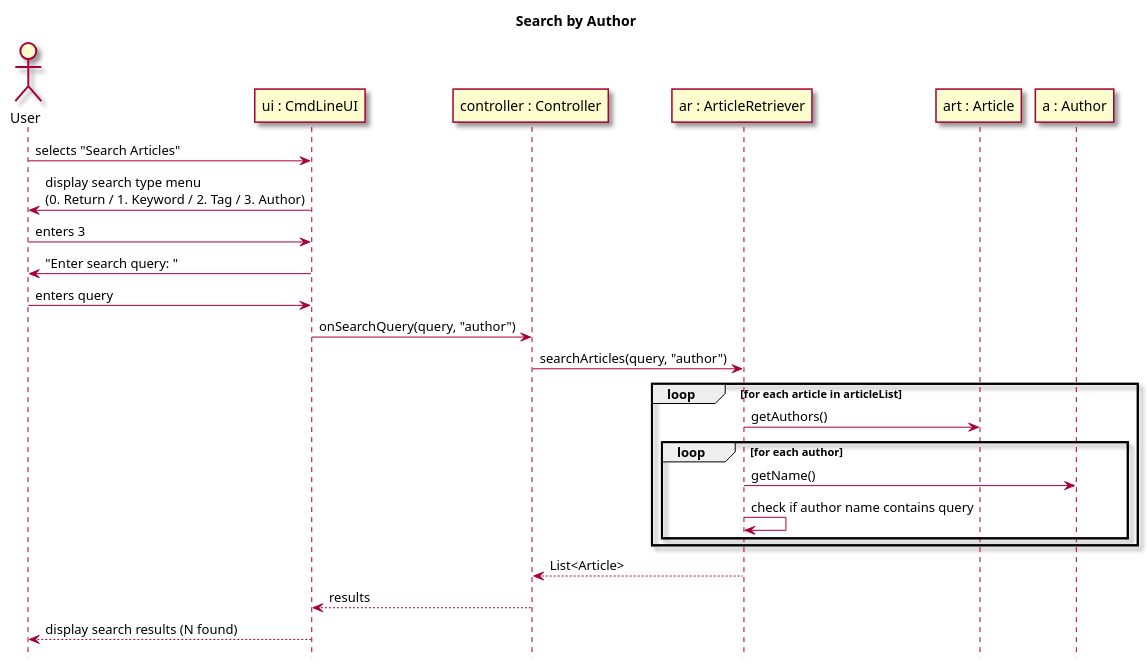
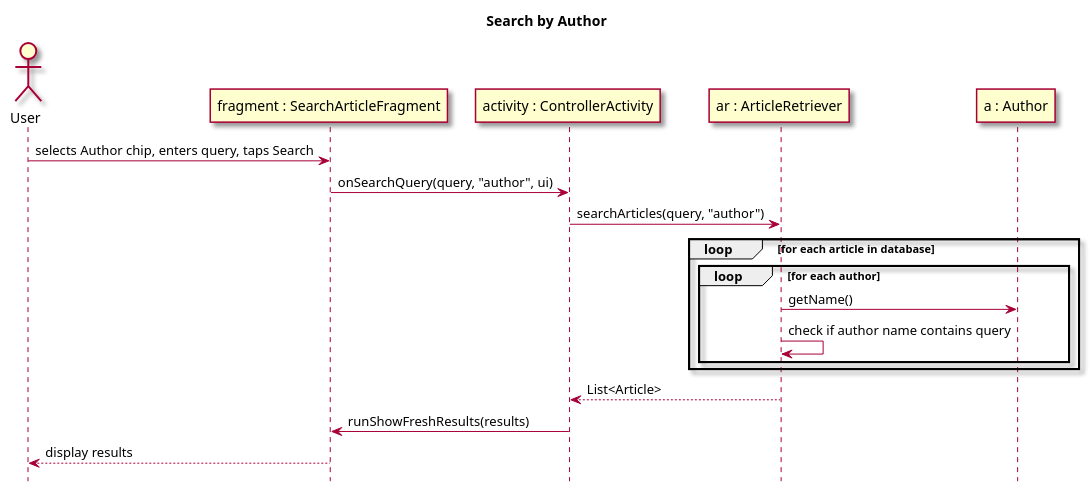
The fourth of 6 diagrams in intellij/doc/use-cases/search-article.md (owhitleym-ui/EcoScoop), drawn with PlantUML before and after one commit. The commit also changed other lines of this file and 12 other files, not shown here.

Commit message:
Updated documentation, class diagram, use cases, and readme

````diff
--- a/intellij/doc/use-cases/search-article.md
+++ b/intellij/doc/use-cases/search-article.md
@@ -143,35 +124,29 @@
 ```plantuml
 @startuml
 skin rose
 hide footbox
 title Search by Author
 
 actor User as user
-participant "ui : CmdLineUI" as UI
-participant "controller : Controller" as controller
+participant "fragment : SearchArticleFragment" as UI
+participant "activity : ControllerActivity" as controller
 participant "ar : ArticleRetriever" as AR
-participant "art : Article" as article
 participant "a : Author" as author
 
-user -> UI : selects "Search Articles"
-UI -> user : display search type menu\n(0. Return / 1. Keyword / 2. Tag / 3. Author)
-user -> UI : enters 3
-UI -> user : "Enter search query: "
-user -> UI : enters query
-UI -> controller : onSearchQuery(query, "author")
+user -> UI : selects Author chip, enters query, taps Search
+UI -> controller : onSearchQuery(query, "author", ui)
 controller -> AR : searchArticles(query, "author")
 
-loop for each article in articleList
-  AR -> article : getAuthors()
+loop for each article in database
   loop for each author
     AR -> author : getName()
     AR -> AR : check if author name contains query
   end
 end
 
 AR --> controller : List<Article>
-controller --> UI : results
-UI --> user : display search results (N found)
+controller -> UI : runShowFreshResults(results)
+UI --> user : display results
 
 @enduml
 ```
````
